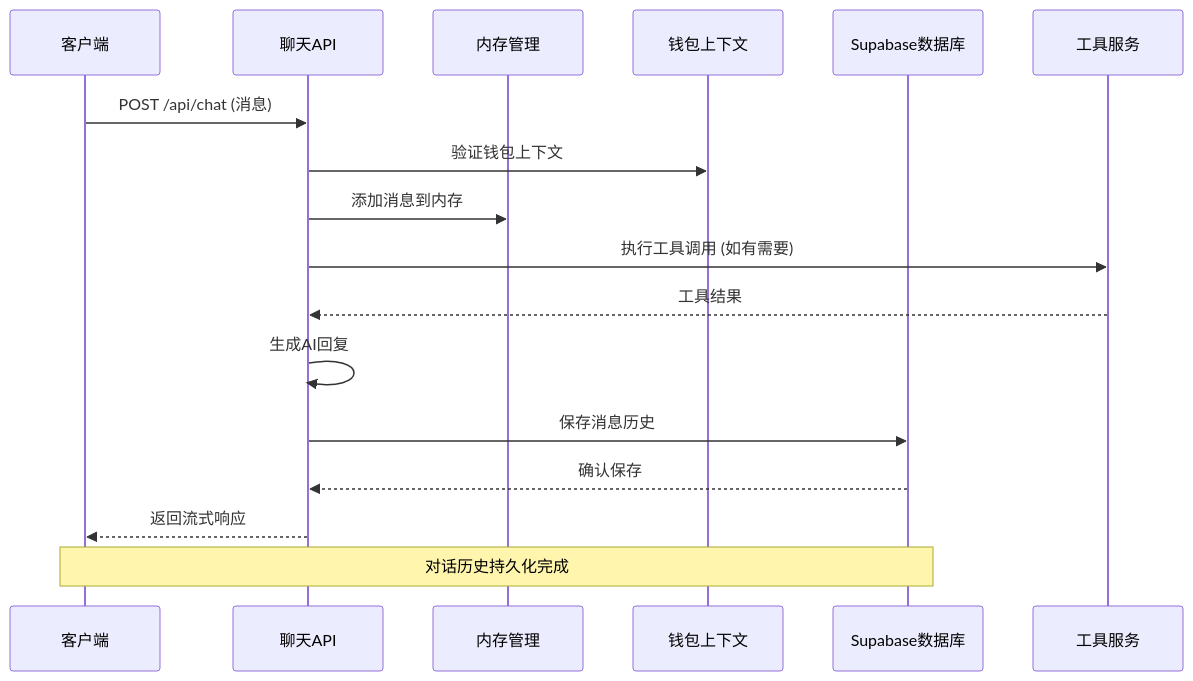
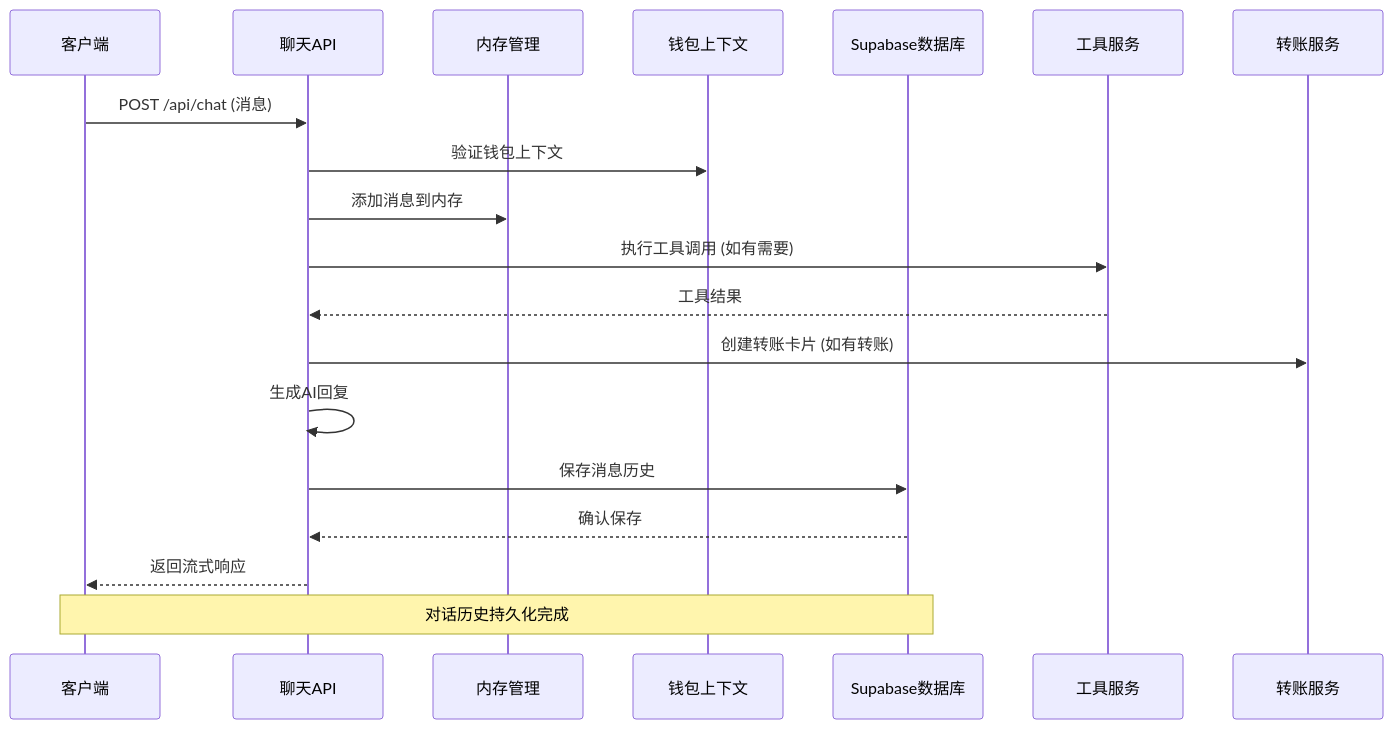
Before and after one commit to CryptoLinxu/Web3-AI-Agent: the second of 14 diagrams in .qoder/repowiki/zh/content/核心技能详解/对话持久化系统.md, drawn with Mermaid. The commit also changed other lines of this file and 7 other files, not shown here.

````diff
--- a/.qoder/repowiki/zh/content/核心技能详解/对话持久化系统.md
+++ b/.qoder/repowiki/zh/content/核心技能详解/对话持久化系统.md
@@ -127,19 +155,21 @@
 ```mermaid
 sequenceDiagram
 participant Client as 客户端
 participant API as 聊天API
 participant Memory as 内存管理
 participant Wallet as 钱包上下文
 participant DB as Supabase数据库
 participant Tools as 工具服务
+participant Transfer as 转账服务
 Client->>API : POST /api/chat (消息)
 API->>Wallet : 验证钱包上下文
 API->>Memory : 添加消息到内存
 API->>Tools : 执行工具调用 (如有需要)
 Tools-->>API : 工具结果
+API->>Transfer : 创建转账卡片 (如有转账)
 API->>API : 生成AI回复
 API->>DB : 保存消息历史
 DB-->>API : 确认保存
 API-->>Client : 返回流式响应
 Note over Client,DB : 对话历史持久化完成
 ```
````
